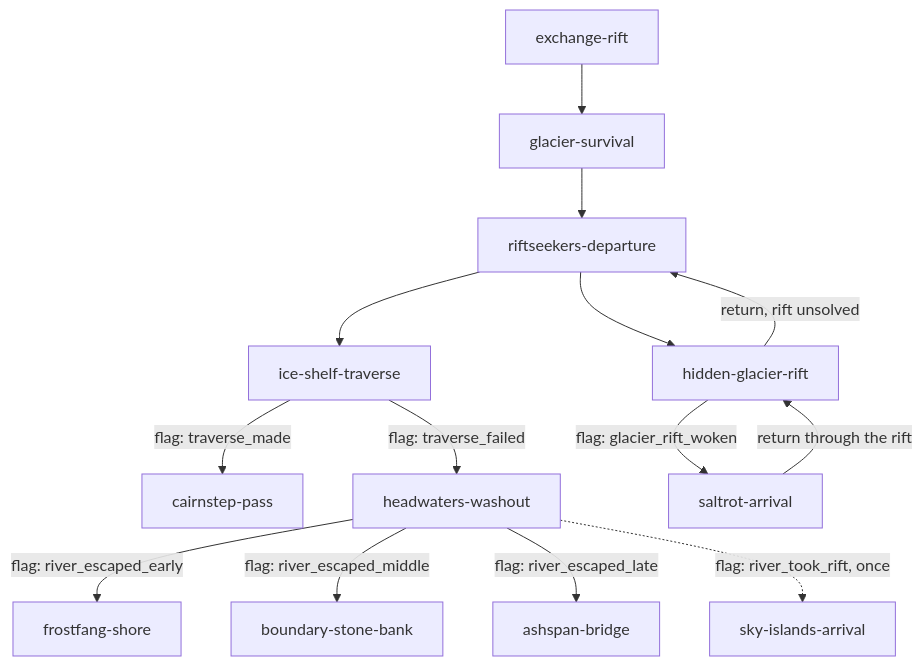
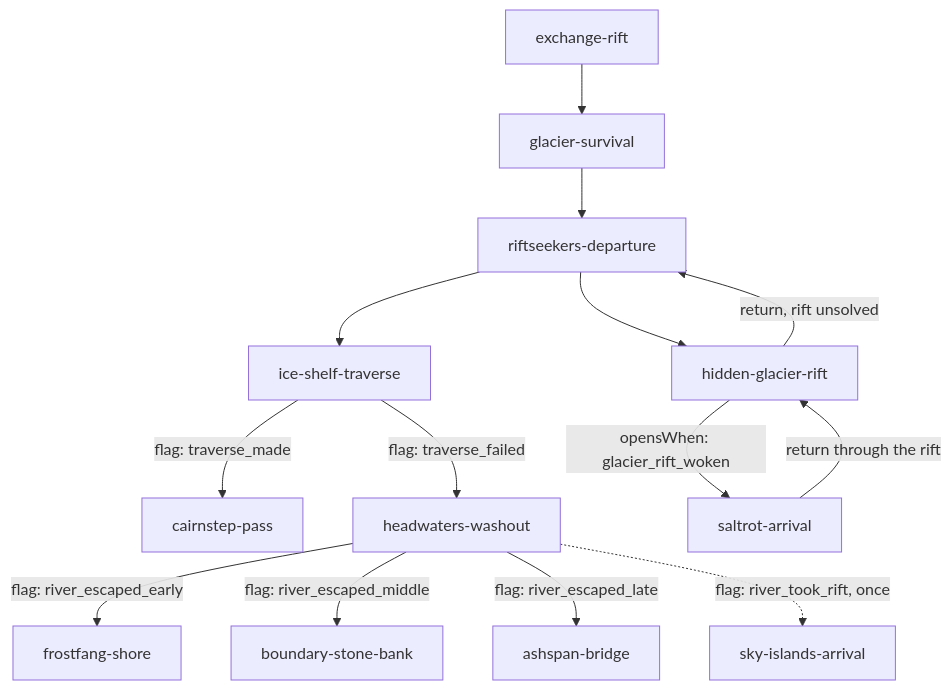
The diagram in docs/campaigns/continental-rift/graph.md (allenheltondev/kids-and-dragons), drawn with Mermaid before and after one commit. The commit also changed other lines of this file and 3 other files, not shown here.

````diff
--- a/docs/campaigns/continental-rift/graph.md
+++ b/docs/campaigns/continental-rift/graph.md
@@ -7,16 +7,16 @@
 ```mermaid
 flowchart TD
   E[exchange-rift] --> G[glacier-survival]
   G --> R[riftseekers-departure]
   R --> T[ice-shelf-traverse]
   R --> H[hidden-glacier-rift]
   H -->|return, rift unsolved| R
   T -->|flag: traverse_made| C[cairnstep-pass]
   T -->|flag: traverse_failed| W[headwaters-washout]
   W -->|flag: river_escaped_early| F[frostfang-shore]
   W -->|flag: river_escaped_middle| B[boundary-stone-bank]
   W -->|flag: river_escaped_late| D[ashspan-bridge]
   W -.->|flag: river_took_rift, once| S[sky-islands-arrival]
-  H -->|flag: glacier_rift_woken| L[saltrot-arrival]
+  H -->|opensWhen: glacier_rift_woken| L[saltrot-arrival]
   L -->|return through the rift| H
 ```
````
